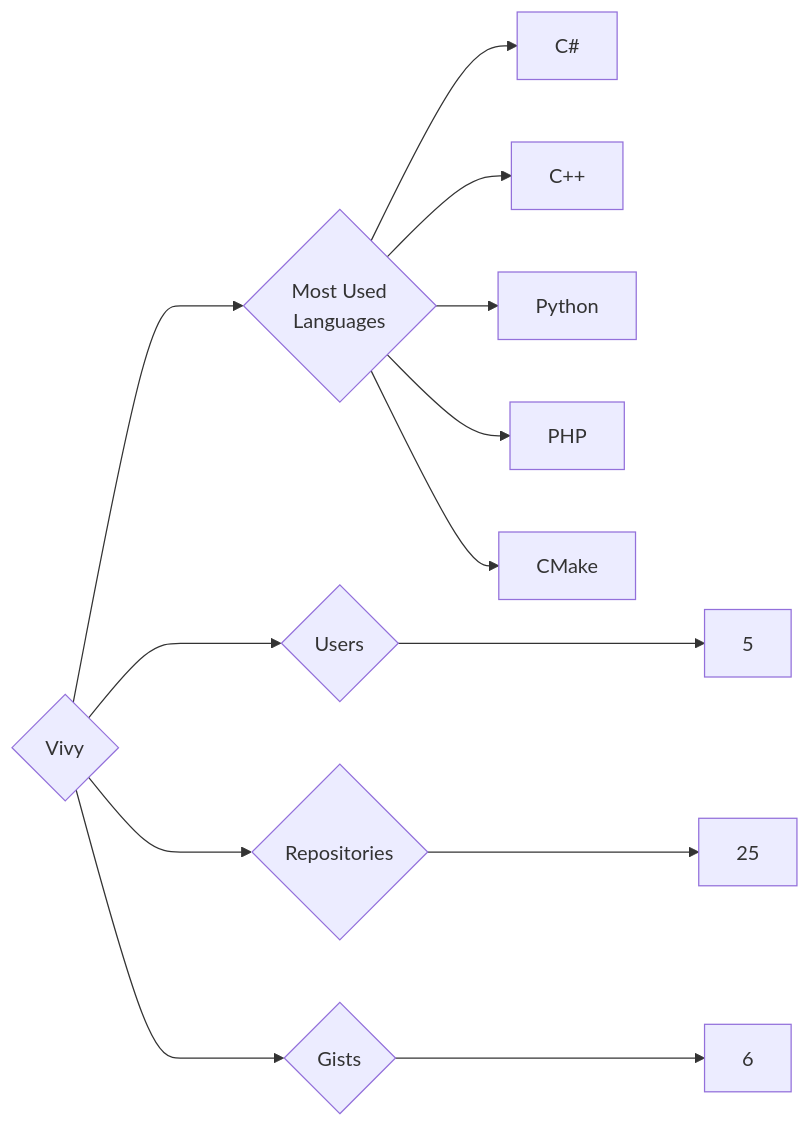
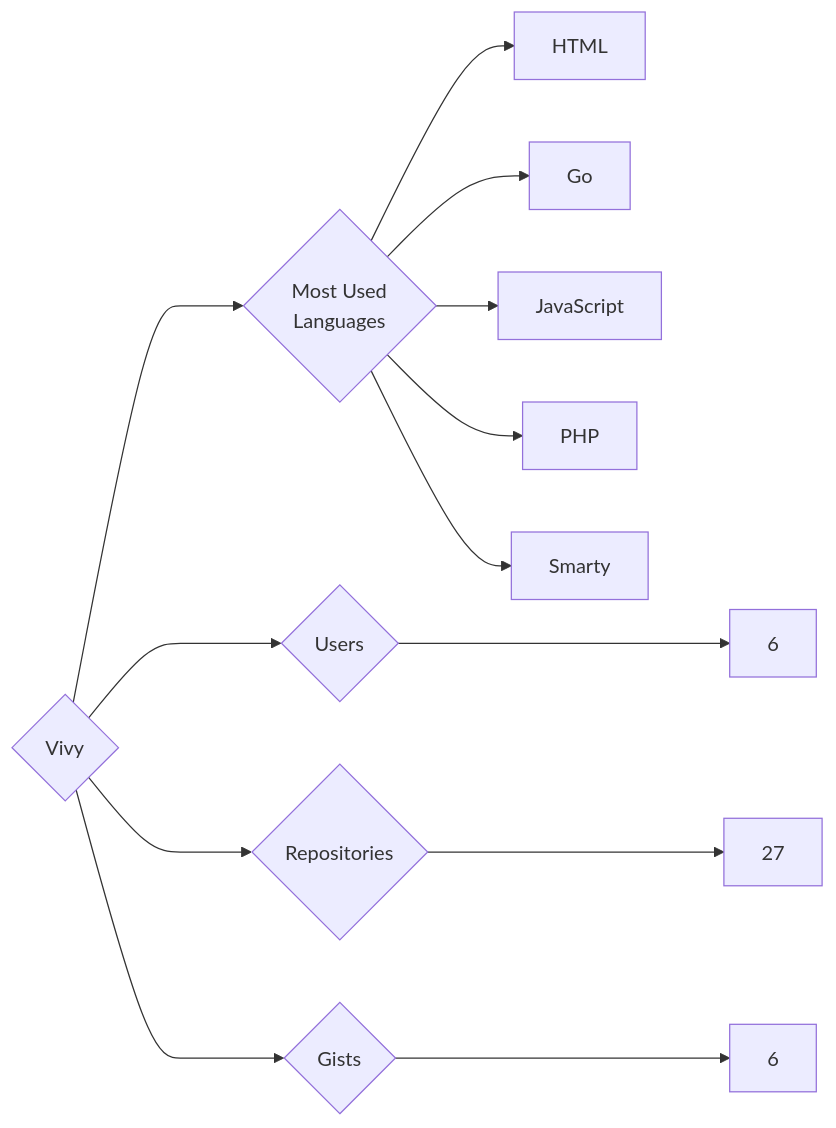
One commit to trickest/insiders changed the diagram in targets/Vivy/README.md. Above: the diagram before and after it, drawn with Mermaid. The commit also changed 787 other files, not shown here.

````diff
--- a/targets/Vivy/README.md
+++ b/targets/Vivy/README.md
@@ -3,13 +3,13 @@
 ```mermaid
 graph LR
 COMPANY_NAME{Vivy}
-COMPANY_NAME ---> U{Users} ---> UN[5]
-COMPANY_NAME ---> R{Repositories} ---> RN[25]
+COMPANY_NAME ---> U{Users} ---> UN[6]
+COMPANY_NAME ---> R{Repositories} ---> RN[27]
 COMPANY_NAME ---> G{Gists} ---> GN[6]
 COMPANY_NAME ---> ML{Most Used<br>Languages}
-ML --> C#[C#]
-ML --> C++[C++]
-ML --> Python[Python]
+ML --> HTML[HTML]
+ML --> Go[Go]
+ML --> JavaScript[JavaScript]
 ML --> PHP[PHP]
-ML --> CMake[CMake]
+ML --> Smarty[Smarty]
 ```
````
